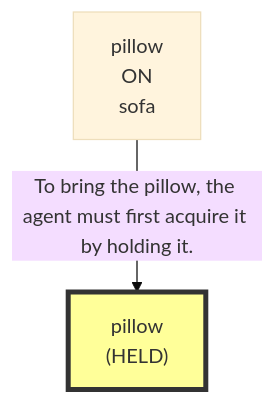
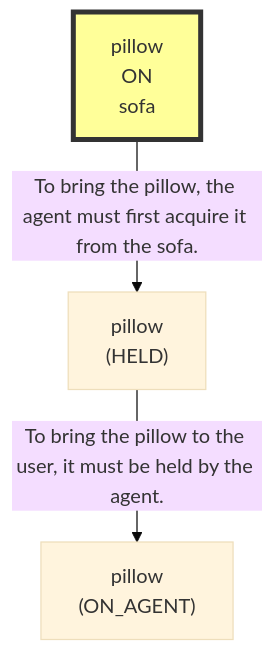
One commit to scuama/virtualhome changed the first of 2 diagrams in evaluation/results/table1/robostate/dynamic/high/M1_04/run_T1_DYN_M1_04_high.md. Above: the diagram before and after it, drawn with Mermaid (base theme). The commit also changed other lines of this file and 133 other files, not shown here.

````diff
--- a/evaluation/results/table1/robostate/dynamic/high/M1_04/run_T1_DYN_M1_04_high.md
+++ b/evaluation/results/table1/robostate/dynamic/high/M1_04/run_T1_DYN_M1_04_high.md
@@ -96,7 +96,9 @@
 ```mermaid
 graph TD
     N1["pillow<br>ON<br>sofa"]
+    style N1 fill:#ff9,stroke:#333,stroke-width:4px
     N2["pillow<br>(HELD)"]
-    style N2 fill:#ff9,stroke:#333,stroke-width:4px
-    N1 -->|"To bring the pillow, the agent must first acquire it by holding it."| N2
+    N3["pillow<br>(ON_AGENT)"]
+    N1 -->|"To bring the pillow, the agent must first acquire it from the sofa."| N2
+    N2 -->|"To bring the pillow to the user, it must be held by the agent."| N3
 ```
````
